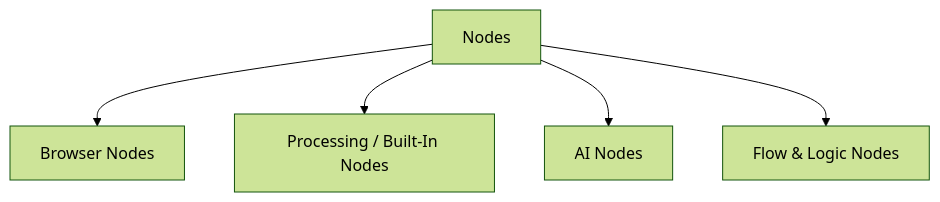
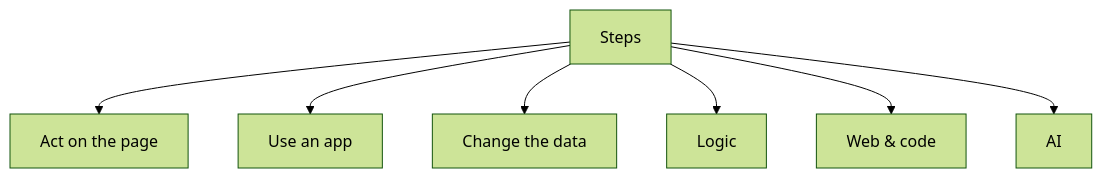
Before and after one commit to agentic-com/Agentic-Flow-Doc: the diagram in src/content/docs/app/workflows/components/nodes.mdx, drawn with Mermaid (forest theme). The commit also changed other lines of this file and 17 other files, not shown here.

````diff
--- a/src/content/docs/app/workflows/components/nodes.mdx
+++ b/src/content/docs/app/workflows/components/nodes.mdx
@@ -19,11 +19,15 @@
 ```mermaid
 graph TB
-  WorkflowNodes[Nodes] --> Browser[Browser Nodes]
-  WorkflowNodes --> Processing[Processing / Built‑In Nodes]
-  WorkflowNodes --> AI[AI Nodes]
-  WorkflowNodes --> Logic[Flow & Logic Nodes]
-  class Browser awf-io
-  class Processing awf-data
+  Steps[Steps] --> Page[Act on the page]
+  Steps --> Apps[Use an app]
+  Steps --> Data[Change the data]
+  Steps --> Logic[Logic]
+  Steps --> Web[Web & code]
+  Steps --> AI[AI]
+  class Page awf-io
+  class Apps awf-io
+  class Data awf-data
+  class Logic awf-flow
+  class Web awf-data
   class AI awf-ai
-  class Logic awf-flow
 ```
````
